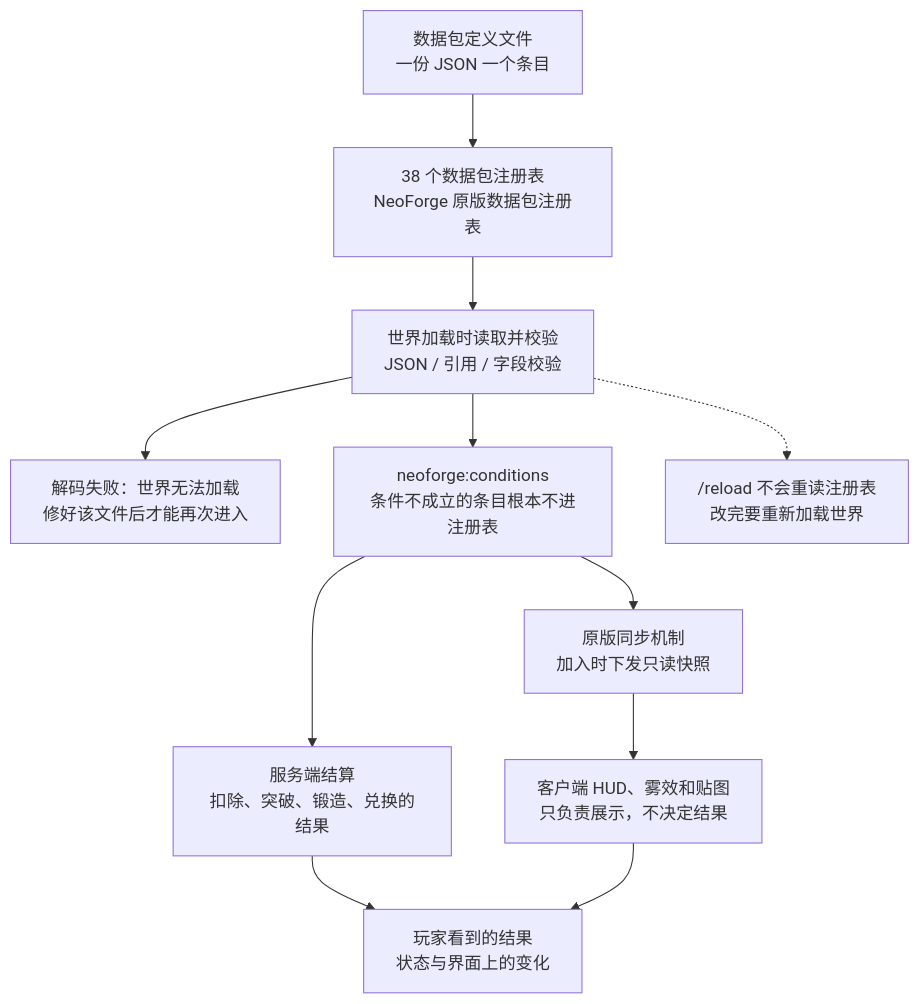
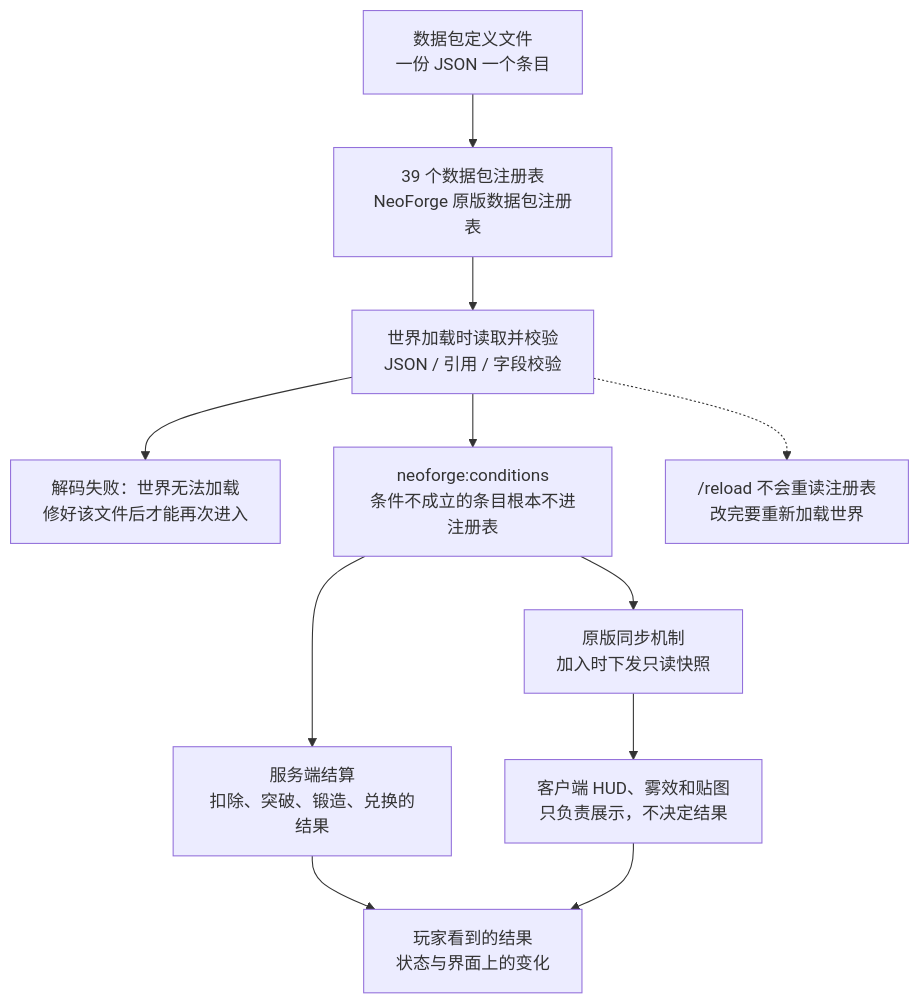
Before and after one commit to IAFEnvoy/mxt-docs: the diagram in docs/datapack/overview.md, drawn with Mermaid. The commit also changed other lines of this file and 75 other files, not shown here.

````diff
--- a/docs/datapack/overview.md
+++ b/docs/datapack/overview.md
@@ -119,13 +119,13 @@
 ```mermaid
 flowchart TD
-    A["数据包定义文件<br/>一份 JSON 一个条目"] --> B["38 个数据包注册表<br/>NeoForge 原版数据包注册表"]
+    A["数据包定义文件<br/>一份 JSON 一个条目"] --> B["39 个数据包注册表<br/>NeoForge 原版数据包注册表"]
     B --> C["世界加载时读取并校验<br/>JSON / 引用 / 字段校验"]
     C --> D["解码失败：世界无法加载<br/>修好该文件后才能再次进入"]
     C --> E["neoforge:conditions<br/>条件不成立的条目根本不进注册表"]
     E --> F["原版同步机制<br/>加入时下发只读快照"]
     E --> G["服务端结算<br/>扣除、突破、锻造、兑换的结果"]
     F --> H["客户端 HUD、雾效和贴图<br/>只负责展示，不决定结果"]
     G --> I["玩家看到的结果<br/>状态与界面上的变化"]
     H --> I
     C -.-> J["/reload 不会重读注册表<br/>改完要重新加载世界"]
 ```
````
